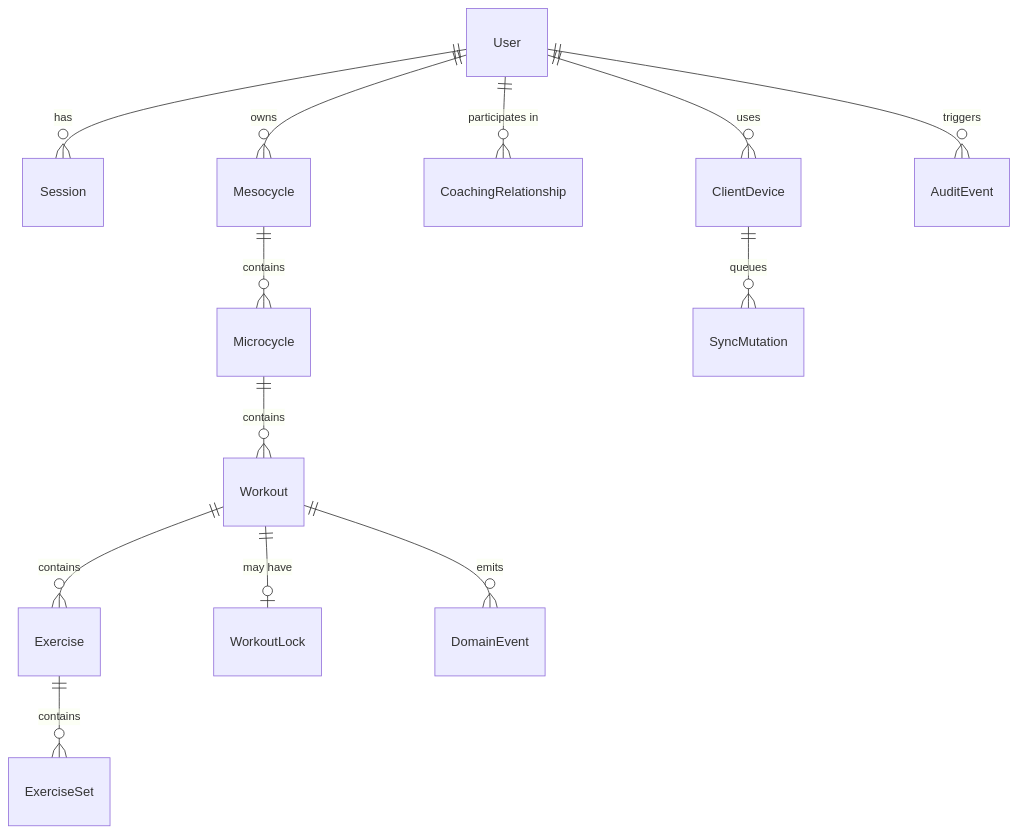
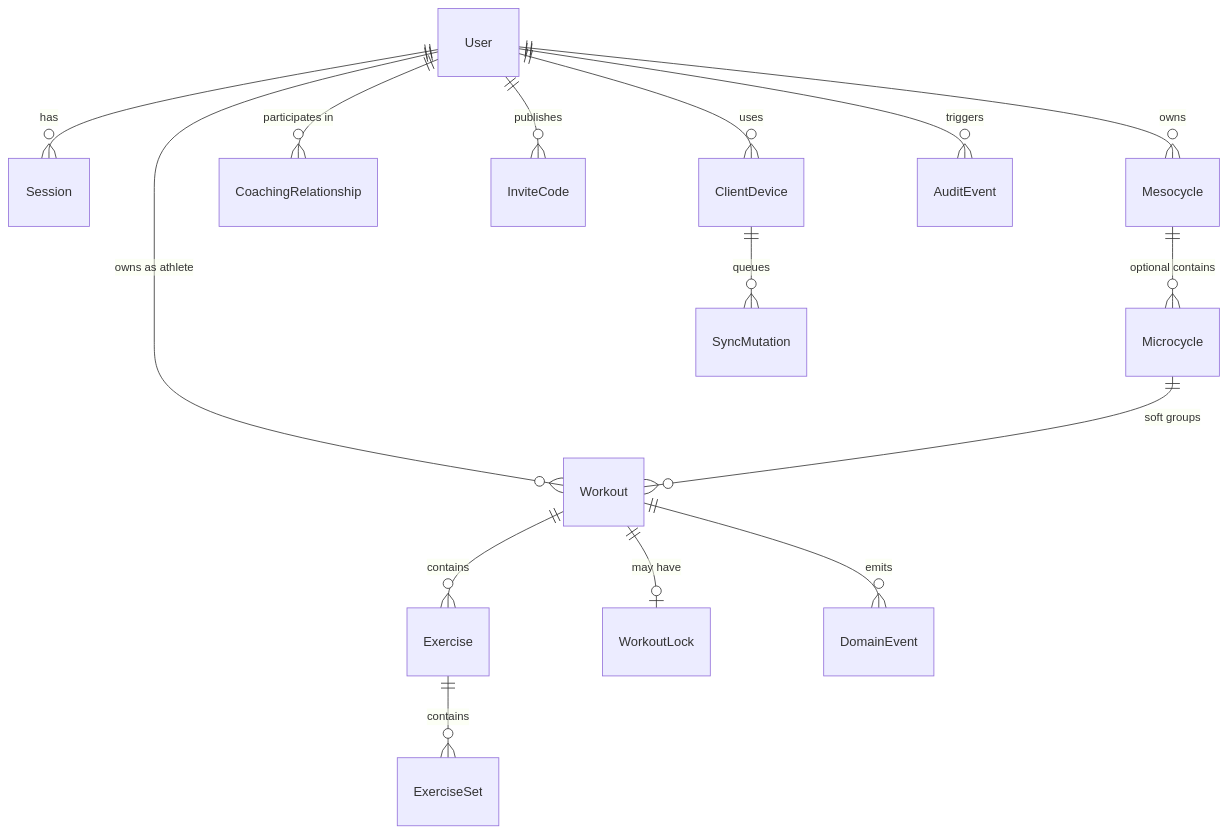
The second of 9 diagrams in architecture.md (qrtman/adaptive_lifting), drawn with Mermaid before and after one commit. The commit also changed other lines of this file and 4 other files, not shown here.

````diff
--- a/architecture.md
+++ b/architecture.md
@@ -182,15 +191,17 @@
 ```mermaid
 erDiagram
     User ||--o{ Session : "has"
     User ||--o{ ClientDevice : "uses"
     User ||--o{ CoachingRelationship : "participates in"
+    User ||--o{ InviteCode : "publishes"
     User ||--o{ Mesocycle : "owns"
-    Mesocycle ||--o{ Microcycle : "contains"
-    Microcycle ||--o{ Workout : "contains"
+    User ||--o{ Workout : "owns as athlete"
+    Mesocycle ||--o{ Microcycle : "optional contains"
+    Microcycle ||--o{ Workout : "soft groups"
     Workout ||--o{ Exercise : "contains"
     Exercise ||--o{ ExerciseSet : "contains"
     Workout ||--o| WorkoutLock : "may have"
     ClientDevice ||--o{ SyncMutation : "queues"
     Workout ||--o{ DomainEvent : "emits"
     User ||--o{ AuditEvent : "triggers"
 ```
````
